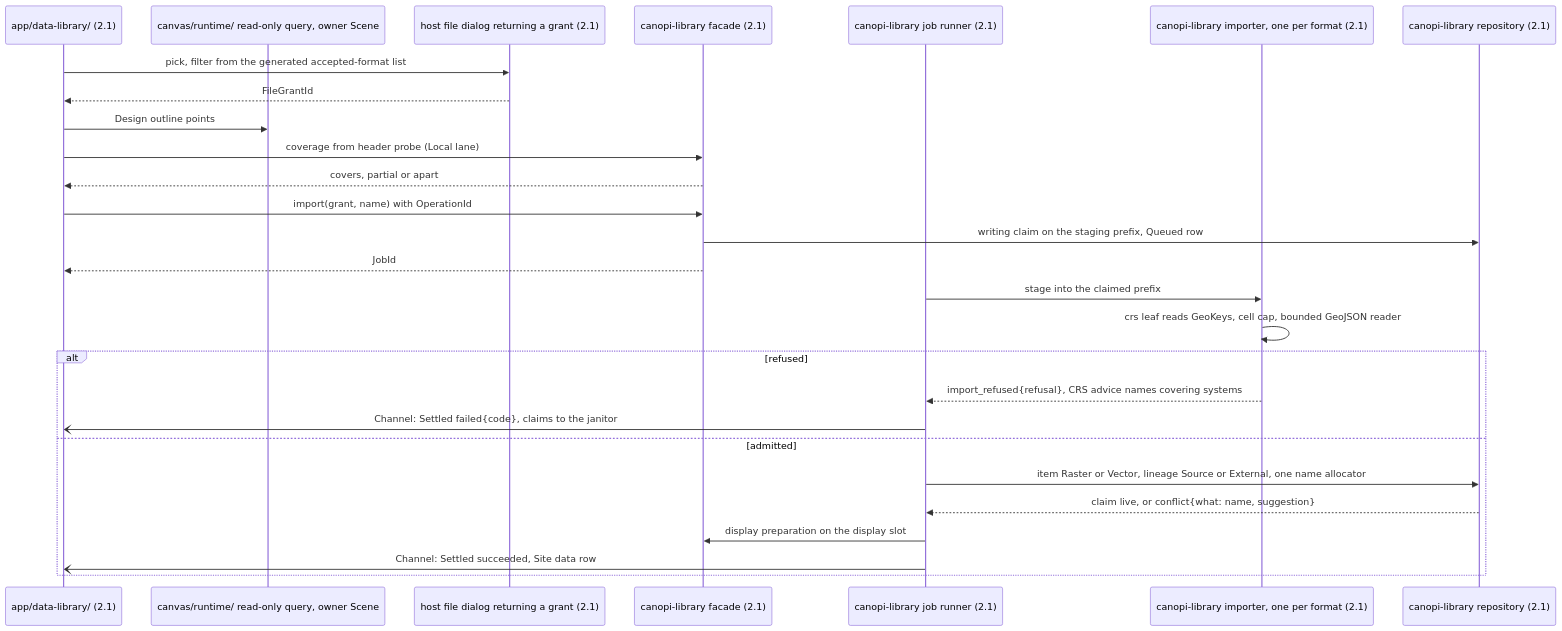
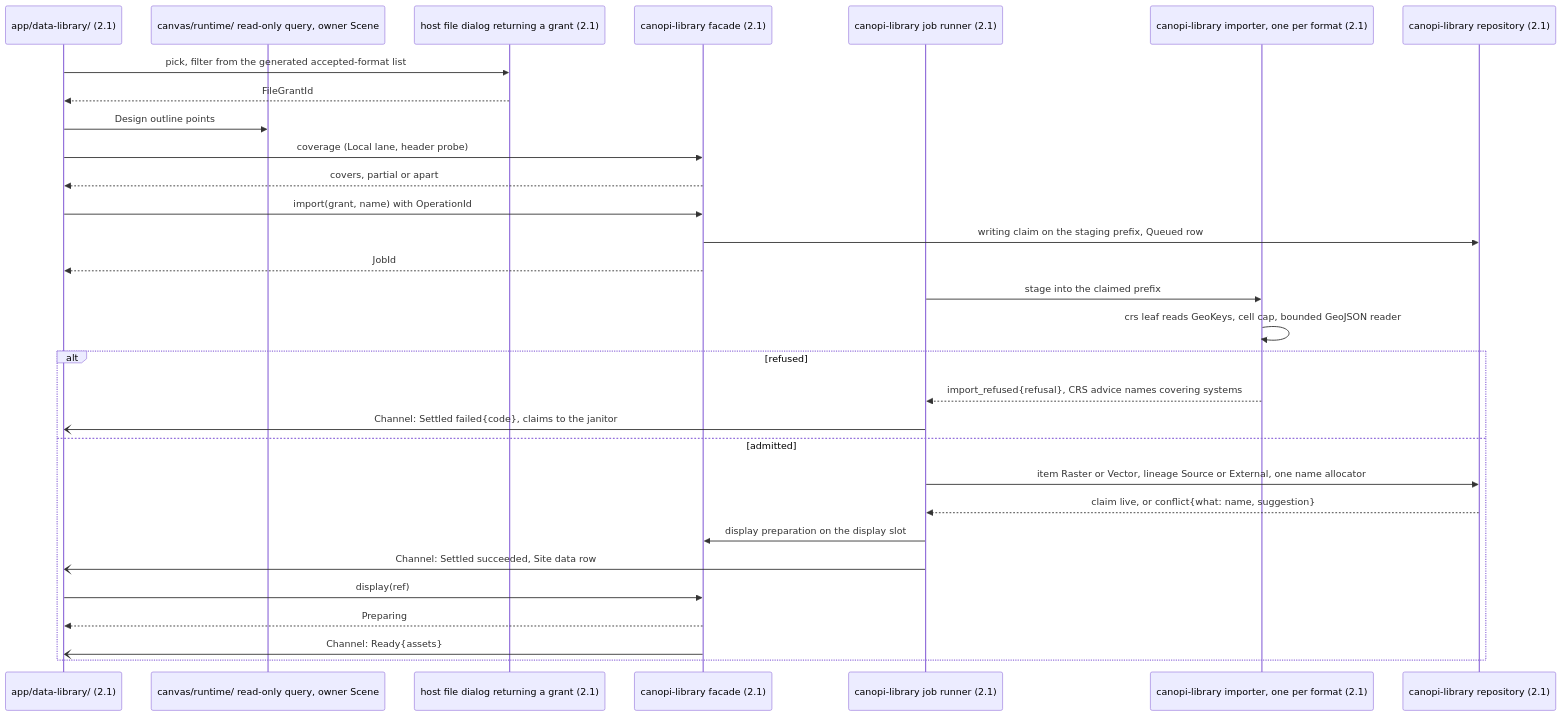
The fourth of 7 diagrams in docs/architecture/flows-services.md (opencanopi/canopi), drawn with Mermaid before and after one commit. The commit also changed other lines of this file and 33 other files, not shown here.

Commit message:
docs: apply the architecture review's findings to ADRs, plan, contracts, ledger and model

````diff
--- a/docs/architecture/flows-services.md
+++ b/docs/architecture/flows-services.md
@@ -110,29 +112,32 @@
 ```mermaid
 sequenceDiagram
   participant UI as app/data-library/ (2.1)
   participant RT as canvas/runtime/ read-only query, owner Scene
   participant H as host file dialog returning a grant (2.1)
   participant F as canopi-library facade (2.1)
   participant R as canopi-library job runner (2.1)
   participant IMP as canopi-library importer, one per format (2.1)
   participant REPO as canopi-library repository (2.1)
   UI->>H: pick, filter from the generated accepted-format list
   H-->>UI: FileGrantId
   UI->>RT: Design outline points
-  UI->>F: coverage from header probe (Local lane)
+  UI->>F: coverage (Local lane, header probe)
   F-->>UI: covers, partial or apart
   UI->>F: import(grant, name) with OperationId
   F->>REPO: writing claim on the staging prefix, Queued row
   F-->>UI: JobId
   R->>IMP: stage into the claimed prefix
   IMP->>IMP: crs leaf reads GeoKeys, cell cap, bounded GeoJSON reader
   alt refused
     IMP-->>R: import_refused{refusal}, CRS advice names covering systems
     R-)UI: Channel: Settled failed{code}, claims to the janitor
   else admitted
     R->>REPO: item Raster or Vector, lineage Source or External, one name allocator
     REPO-->>R: claim live, or conflict{what: name, suggestion}
     R->>F: display preparation on the display slot
     R-)UI: Channel: Settled succeeded, Site data row
+    UI->>F: display(ref)
+    F-->>UI: Preparing
+    F-)UI: Channel: Ready{assets}
   end
 ```
````
